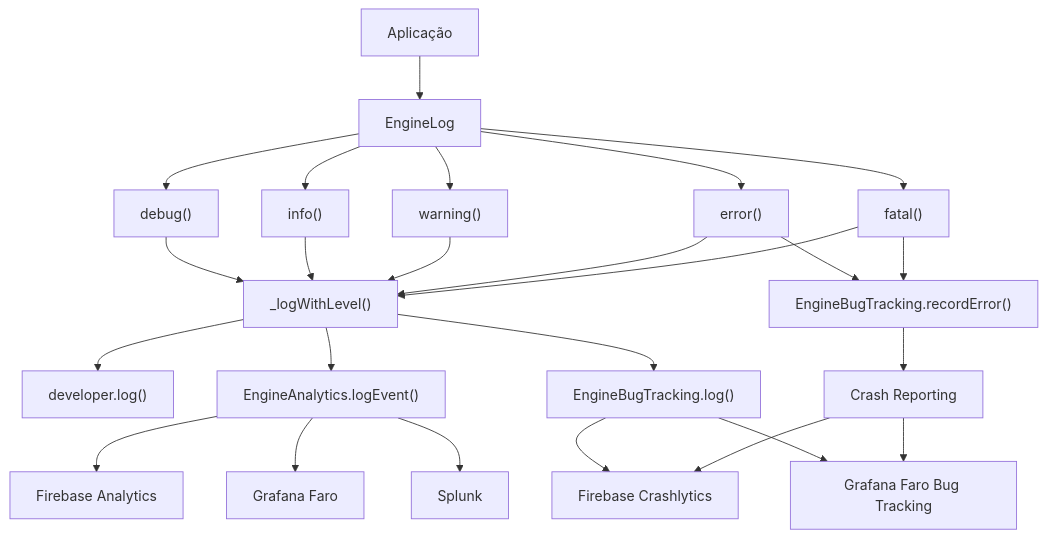
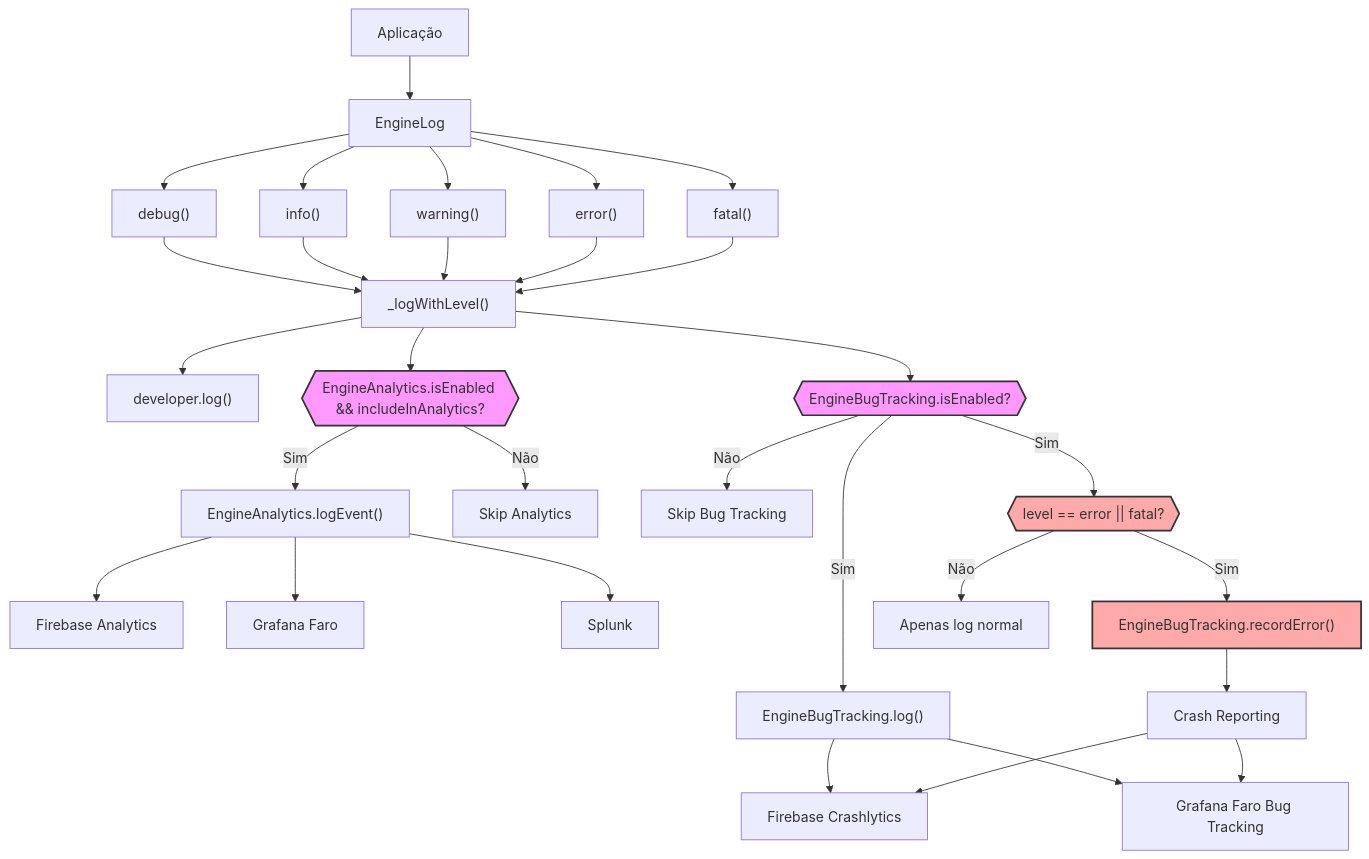
Before and after one commit to moreirawebmaster/engine-tracking: the second of 4 diagrams in README.md, drawn with Mermaid. The commit also changed 4 other files, not shown here.

First line of the commit message:
feat: add comprehensive architecture documentation with mermaid diagrams

````diff
--- a/README.md
+++ b/README.md
@@ -93,34 +93,46 @@
 ```mermaid
 graph TD
     A["Aplicação"] --> B["EngineLog"]
     
     B --> C["debug()"]
     B --> D["info()"]
     B --> E["warning()"]
     B --> F["error()"]
     B --> G["fatal()"]
     
     C --> H["_logWithLevel()"]
     D --> H
     E --> H
     F --> H
     G --> H
     
     H --> I["developer.log()"]
-    H --> J["EngineAnalytics.logEvent()"]
-    H --> K["EngineBugTracking.log()"]
+    H --> J{{"EngineAnalytics.isEnabled && includeInAnalytics?"}}
+    H --> K{{"EngineBugTracking.isEnabled?"}}
     
-    J --> L["Firebase Analytics"]
-    J --> M["Grafana Faro"]
-    J --> N["Splunk"]
+    J -->|Sim| L["EngineAnalytics.logEvent()"]
+    J -->|Não| M["Skip Analytics"]
     
-    K --> O["Firebase Crashlytics"]
-    K --> P["Grafana Faro Bug Tracking"]
+    K -->|Sim| N["EngineBugTracking.log()"]
+    K -->|Não| O["Skip Bug Tracking"]
     
-    F --> Q["EngineBugTracking.recordError()"]
-    G --> Q
+    L --> P["Firebase Analytics"]
+    L --> Q["Grafana Faro"]
+    L --> R["Splunk"]
     
-    Q --> R["Crash Reporting"]
-    R --> O
-    R --> P
+    N --> S["Firebase Crashlytics"]
+    N --> T["Grafana Faro Bug Tracking"]
+    
+    K -->|Sim| U{{"level == error || fatal?"}}
+    U -->|Sim| V["EngineBugTracking.recordError()"]
+    U -->|Não| W["Apenas log normal"]
+    
+    V --> X["Crash Reporting"]
+    X --> S
+    X --> T
+    
+    style J fill:#f9f,stroke:#333,stroke-width:2px
+    style K fill:#f9f,stroke:#333,stroke-width:2px
+    style U fill:#faa,stroke:#333,stroke-width:2px
+    style V fill:#faa,stroke:#333,stroke-width:2px
 ```
````
